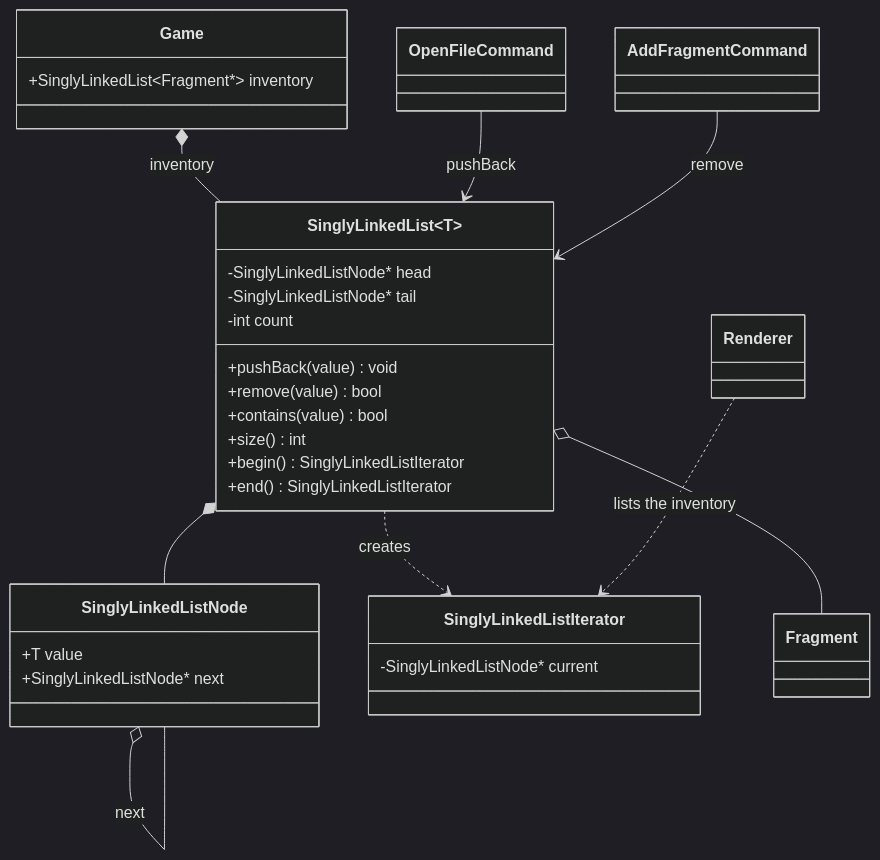
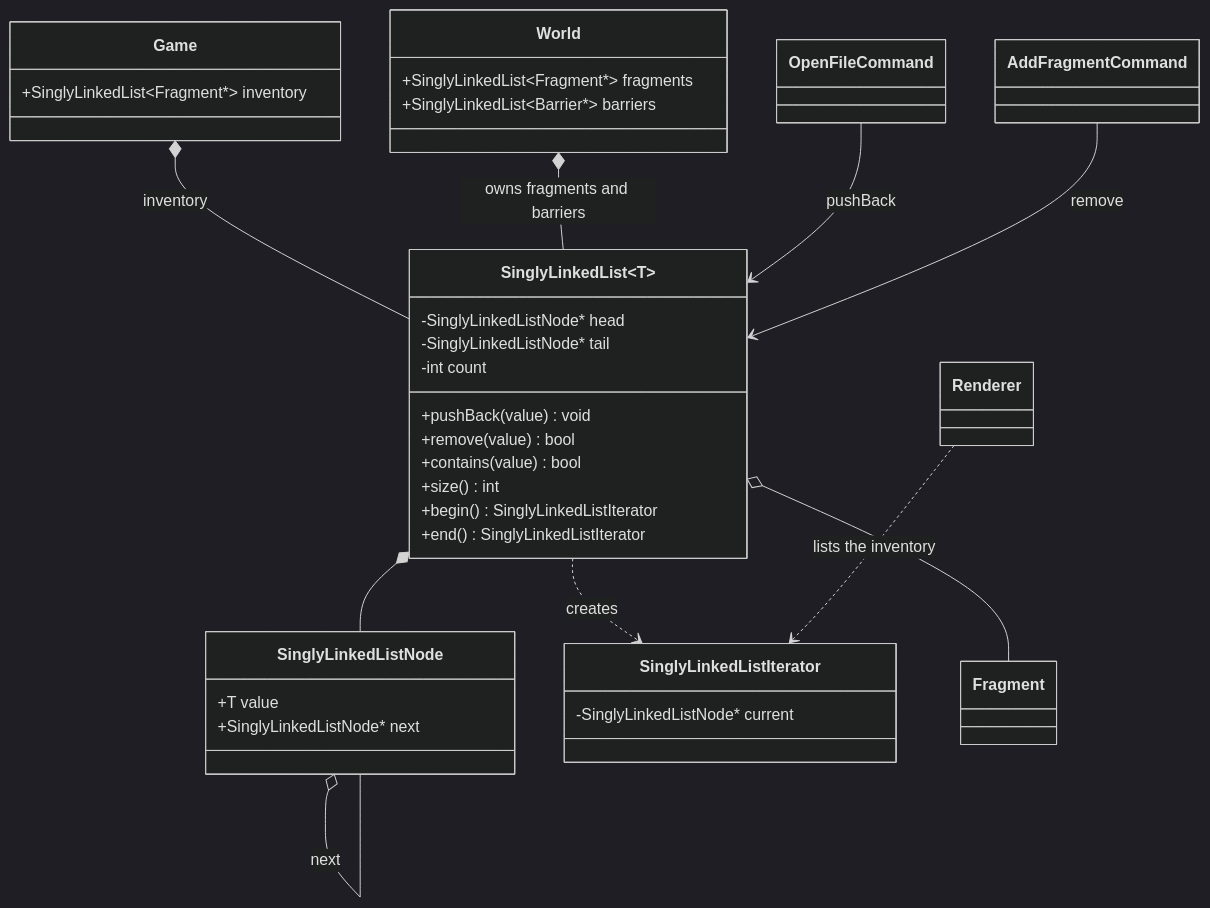
Before and after one commit to Lawrensu/Deviant: the fifth of 11 diagrams in docs/class_diagram.md, drawn with Mermaid (dark theme). The commit also changed other lines of this file and 16 other files, not shown here.

Commit message:
Phase 2: World owns the act, Process hierarchy, Fable, Astra, minimal Game, docs updated

````diff
--- a/docs/class_diagram.md
+++ b/docs/class_diagram.md
@@ -198,37 +206,42 @@
 ```mermaid
 classDiagram
     class SinglyLinkedList~T~ {
         -SinglyLinkedListNode* head
         -SinglyLinkedListNode* tail
         -int count
         +pushBack(value) void
         +remove(value) bool
         +contains(value) bool
         +size() int
         +begin() SinglyLinkedListIterator
         +end() SinglyLinkedListIterator
     }
     class SinglyLinkedListNode {
         +T value
         +SinglyLinkedListNode* next
     }
     class SinglyLinkedListIterator {
         -SinglyLinkedListNode* current
     }
     class Game {
         +SinglyLinkedList~Fragment*~ inventory
     }
+    class World {
+        +SinglyLinkedList~Fragment*~ fragments
+        +SinglyLinkedList~Barrier*~ barriers
+    }
     class OpenFileCommand
     class AddFragmentCommand
     class Renderer
     class Fragment
 
     SinglyLinkedList *-- SinglyLinkedListNode
     SinglyLinkedListNode o-- SinglyLinkedListNode : next
     SinglyLinkedList ..> SinglyLinkedListIterator : creates
     Game *-- SinglyLinkedList : inventory
+    World *-- SinglyLinkedList : owns fragments and barriers
     SinglyLinkedList o-- Fragment
     OpenFileCommand --> SinglyLinkedList : pushBack
     AddFragmentCommand --> SinglyLinkedList : remove
     Renderer ..> SinglyLinkedListIterator : lists the inventory
 ```
````
